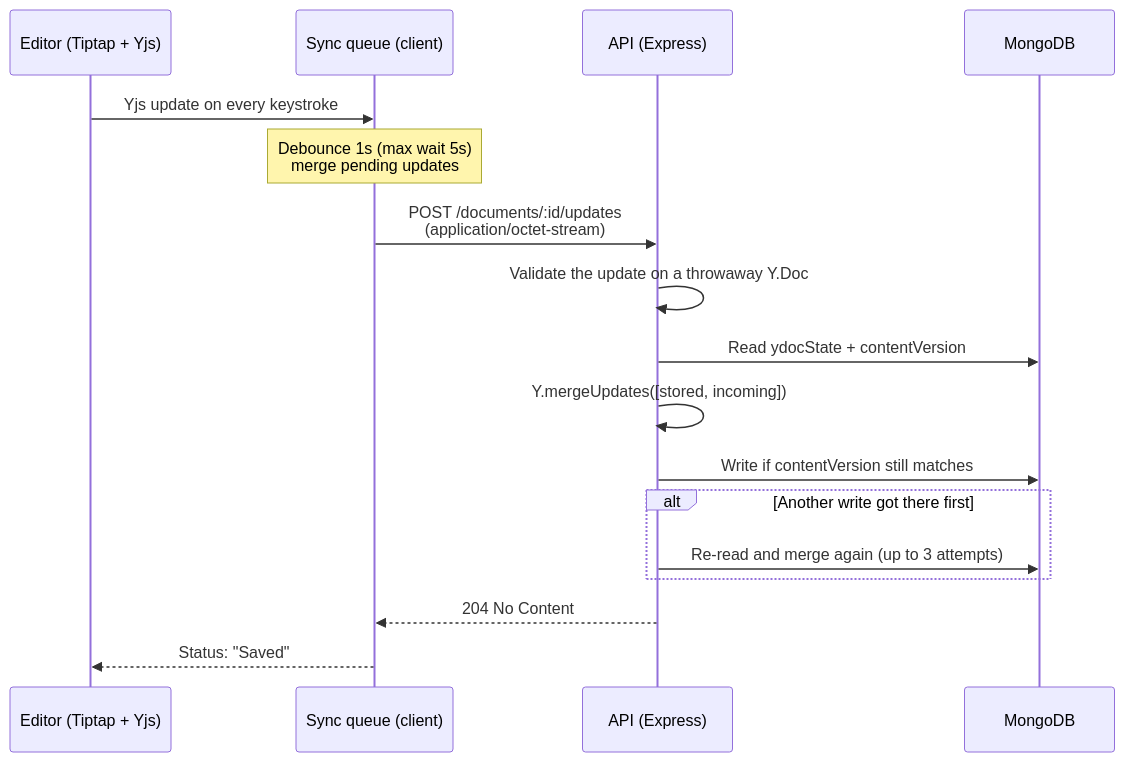
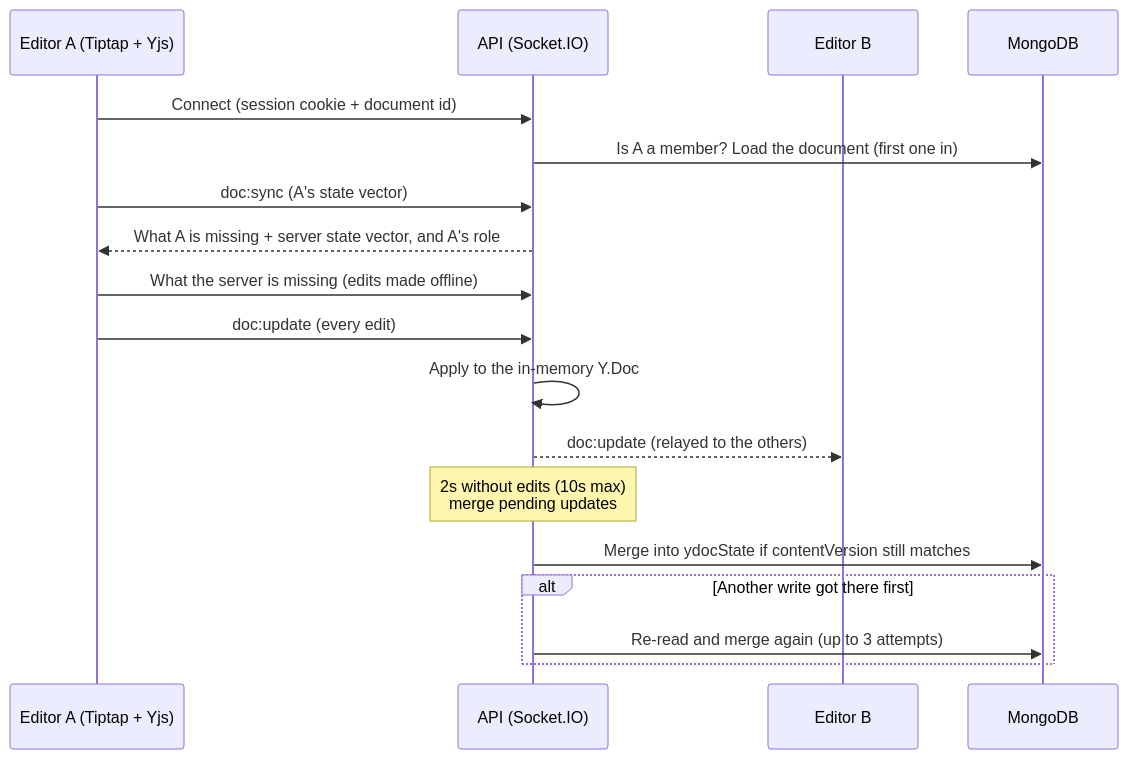
Before and after one commit to MikaelMarceniuk/collaborative-text-editor: the diagram in README.md, drawn with Mermaid. The commit also changed other lines of this file and 4 other files, not shown here.

````diff
--- a/README.md
+++ b/README.md
@@ -41,20 +42,21 @@
 ```mermaid
 sequenceDiagram
-    participant E as Editor (Tiptap + Yjs)
-    participant Q as Sync queue (client)
-    participant S as API (Express)
+    participant A as Editor A (Tiptap + Yjs)
+    participant S as API (Socket.IO)
+    participant B as Editor B
     participant DB as MongoDB
 
-    E->>Q: Yjs update on every keystroke
-    Note over Q: Debounce 1s (max wait 5s)<br/>merge pending updates
-    Q->>S: POST /documents/:id/updates<br/>(application/octet-stream)
-    S->>S: Validate the update on a throwaway Y.Doc
-    S->>DB: Read ydocState + contentVersion
-    S->>S: Y.mergeUpdates([stored, incoming])
-    S->>DB: Write if contentVersion still matches
+    A->>S: Connect (session cookie + document id)
+    S->>DB: Is A a member? Load the document (first one in)
+    A->>S: doc:sync (A's state vector)
+    S-->>A: What A is missing + server state vector, and A's role
+    A->>S: What the server is missing (edits made offline)
+    A->>S: doc:update (every edit)
+    S->>S: Apply to the in-memory Y.Doc
+    S-->>B: doc:update (relayed to the others)
+    Note over S: 2s without edits (10s max)<br/>merge pending updates
+    S->>DB: Merge into ydocState if contentVersion still matches
     alt Another write got there first
         S->>DB: Re-read and merge again (up to 3 attempts)
     end
-    S-->>Q: 204 No Content
-    Q-->>E: Status: "Saved"
 ```
````
